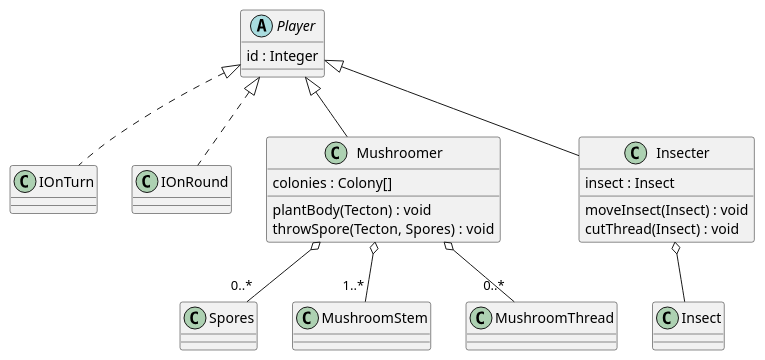
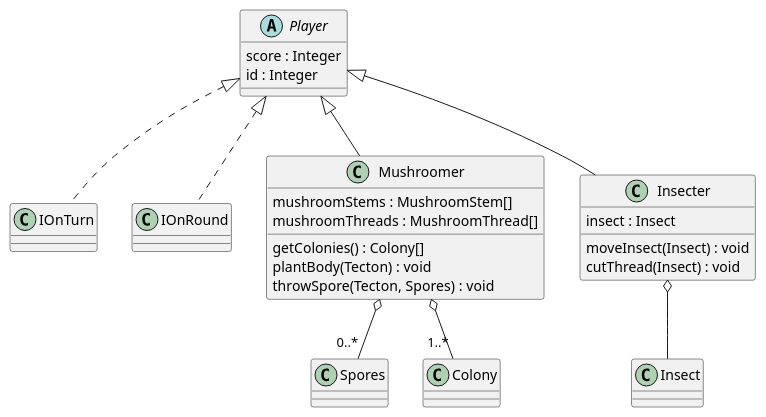
One commit to Petya-G/fungorium changed the diagram in 3/classes/player.puml. Above: the diagram before and after it, drawn with PlantUML. The commit also changed 5 other files, not shown here.

```diff
--- a/3/classes/player.puml
+++ b/3/classes/player.puml
@@ -1,25 +1,27 @@
 @startuml player
 Player <|.. IOnTurn
 Player <|.. IOnRound
 abstract class Player{
+    score : Integer
     id : Integer
 }
 
 Player <|-- Mushroomer
 Mushroomer o-- "0..*" Spores
-Mushroomer o-- "1..*" MushroomStem
-Mushroomer o-- "0..*" MushroomThread
+Mushroomer o-- "1..*" Colony
 class Mushroomer{
-    colonies : Colony[]
+    mushroomStems : MushroomStem[]
+    mushroomThreads : MushroomThread[]
+    getColonies() : Colony[]
     plantBody(Tecton) : void
     throwSpore(Tecton, Spores) : void
 }
 
 Player <|-- Insecter
 Insecter o-- Insect
 class Insecter{
     insect : Insect
     moveInsect(Insect) : void
     cutThread(Insect) : void
 }
 @enduml
```
